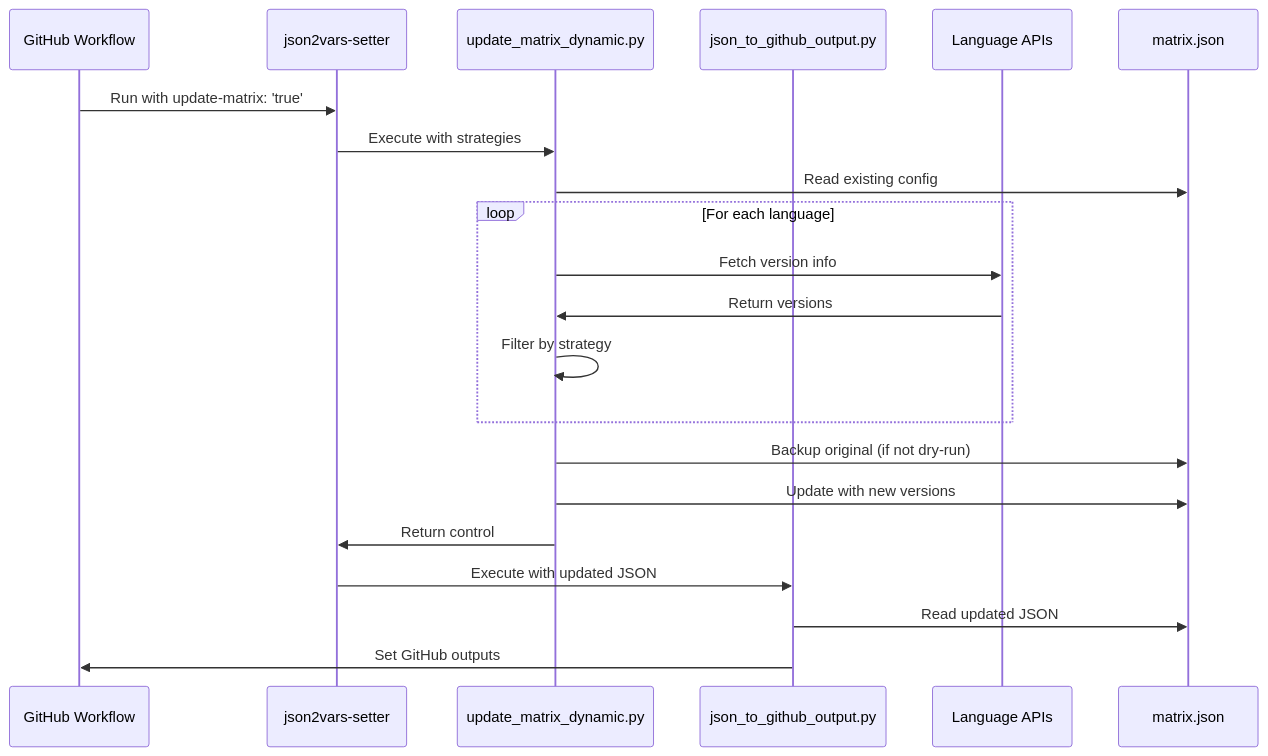
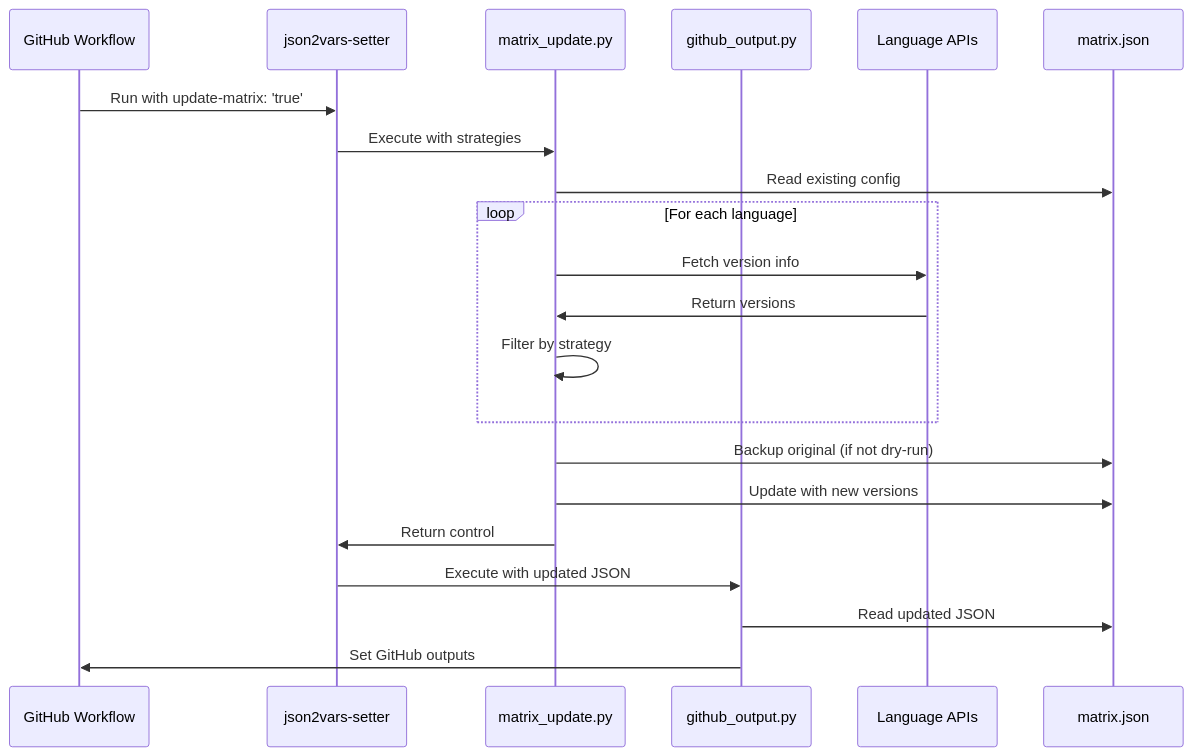
One commit to 7rikazhexde/json2vars-setter changed the second of 2 diagrams in docs/features/dynamic-update.md. Above: the diagram before and after it, drawn with Mermaid. The commit also changed other lines of this file and 20 other files, not shown here.

````diff
--- a/docs/features/dynamic-update.md
+++ b/docs/features/dynamic-update.md
@@ -209,26 +209,26 @@
 ```mermaid
 sequenceDiagram
     participant Workflow as GitHub Workflow
     participant Action as json2vars-setter
-    participant Updater as update_matrix_dynamic.py
-    participant Parser as json_to_github_output.py
+    participant Updater as matrix_update.py
+    participant Parser as github_output.py
     participant API as Language APIs
     participant File as matrix.json
 
     Workflow->>Action: Run with update-matrix: 'true'
     Action->>Updater: Execute with strategies
     Updater->>File: Read existing config
 
     loop For each language
         Updater->>API: Fetch version info
         API->>Updater: Return versions
         Updater->>Updater: Filter by strategy
     end
 
     Updater->>File: Backup original (if not dry-run)
     Updater->>File: Update with new versions
     Updater->>Action: Return control
     Action->>Parser: Execute with updated JSON
     Parser->>File: Read updated JSON
     Parser->>Workflow: Set GitHub outputs
 ```
````
